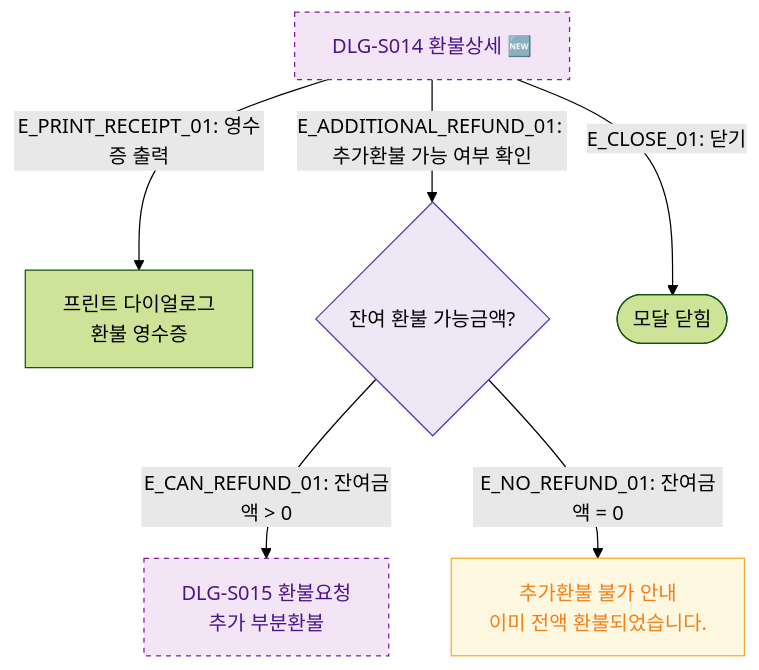
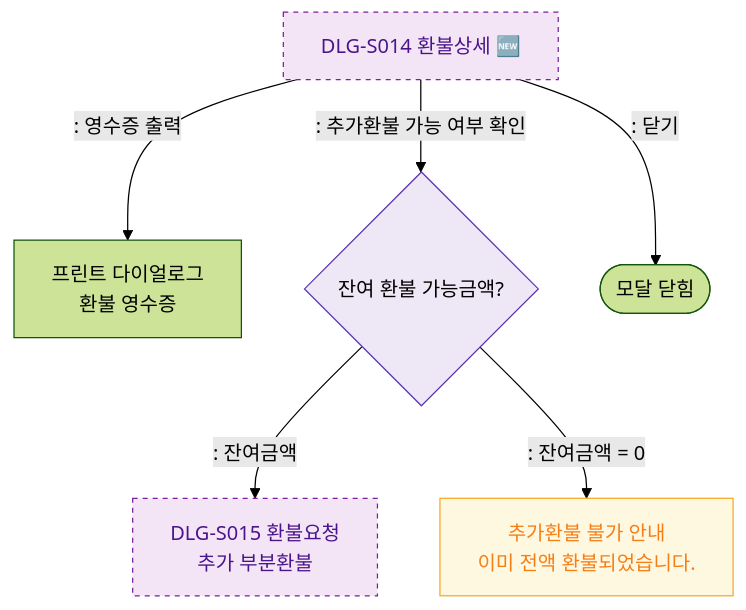
The diagram in docs/다이어그램/D03_매출관리/DLG-S014_환불상세/M3_결과분기.md (dev-spogym/admin-pando), drawn with Mermaid (forest theme) before and after one commit. The commit also changed other lines of this file and 1660 other files, not shown here.

First line of the commit message:
다이어그램: 기획자/클라이언트 납품본으로 정리

````diff
--- a/docs/다이어그램/D03_매출관리/DLG-S014_환불상세/M3_결과분기.md
+++ b/docs/다이어그램/D03_매출관리/DLG-S014_환불상세/M3_결과분기.md
@@ -20,17 +18,17 @@
 ```mermaid
 flowchart TD
-    DLG_S014[DLG-S014 환불상세 🆕] -->|"E_PRINT_RECEIPT_01: 영수증 출력"| PRINT[프린트 다이얼로그\n환불 영수증]
-    DLG_S014 -->|"E_ADDITIONAL_REFUND_01: 추가환불 가능 여부 확인"| REFUND_CHECK{잔여 환불 가능금액?}
-    DLG_S014 -->|"E_CLOSE_01: 닫기"| CLOSED([모달 닫힘])
+    DLG_S014[DLG-S014 환불상세 🆕] -->|": 영수증 출력"|PRINT[프린트 다이얼로그\n환불 영수증]
+    DLG_S014 -->|": 추가환불 가능 여부 확인"|REFUND_CHECK{잔여 환불 가능금액?}
+    DLG_S014 -->|": 닫기"|CLOSED([모달 닫힘])
 
-    REFUND_CHECK -->|"E_CAN_REFUND_01: 잔여금액 > 0"| DLG_S015[DLG-S015 환불요청\n추가 부분환불]
-    REFUND_CHECK -->|"E_NO_REFUND_01: 잔여금액 = 0"| NO_REFUND[추가환불 불가 안내\n이미 전액 환불되었습니다.]
+    REFUND_CHECK -->|": 잔여금액"|DLG_S015[DLG-S015 환불요청\n추가 부분환불]
+    REFUND_CHECK -->|": 잔여금액 = 0"|NO_REFUND[추가환불 불가 안내\n이미 전액 환불되었습니다.]
 
     classDef newFeature fill:#F3E5F5,stroke:#7B1FA2,color:#4A148C,stroke-dasharray:4 4
     classDef system fill:#EDE7F6,stroke:#5E35B2
     classDef warning fill:#FFF8E1,stroke:#F9A825,color:#F57F17
 
     class DLG_S014,DLG_S015 newFeature
     class REFUND_CHECK system
     class NO_REFUND warning
 ```
````
